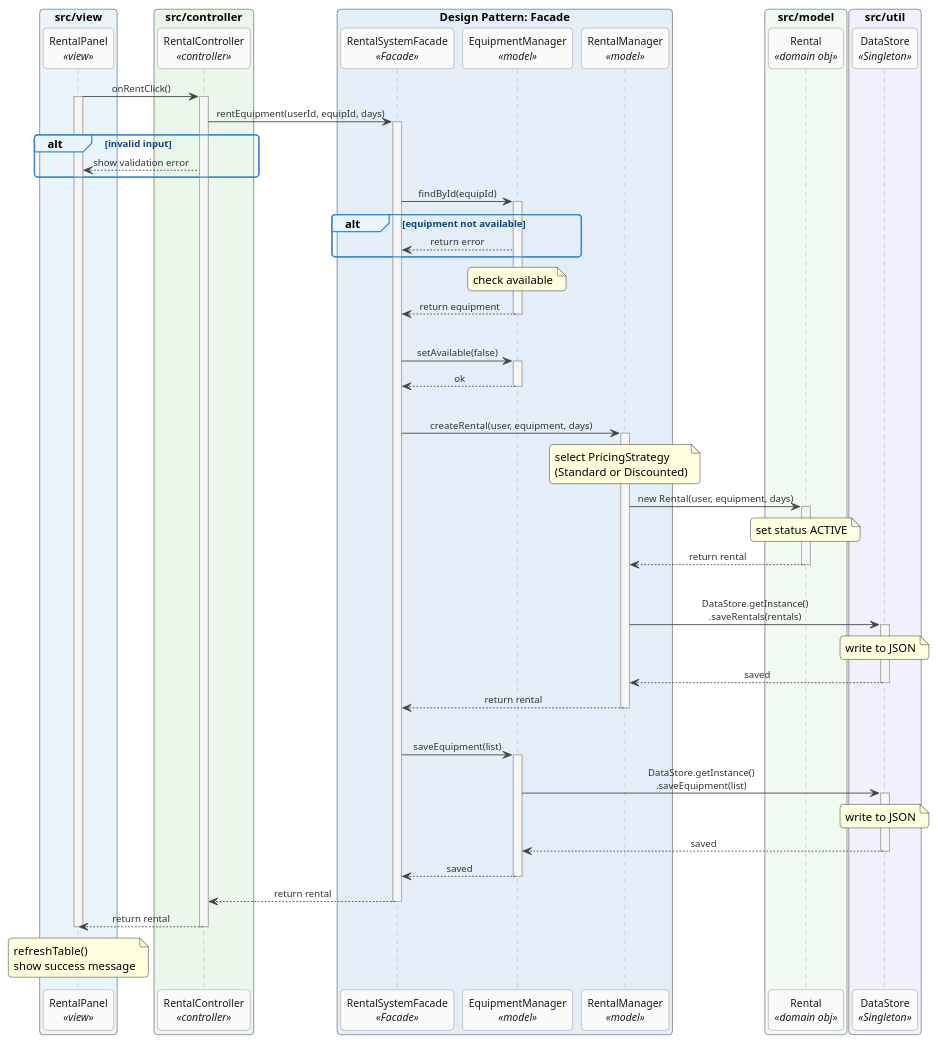
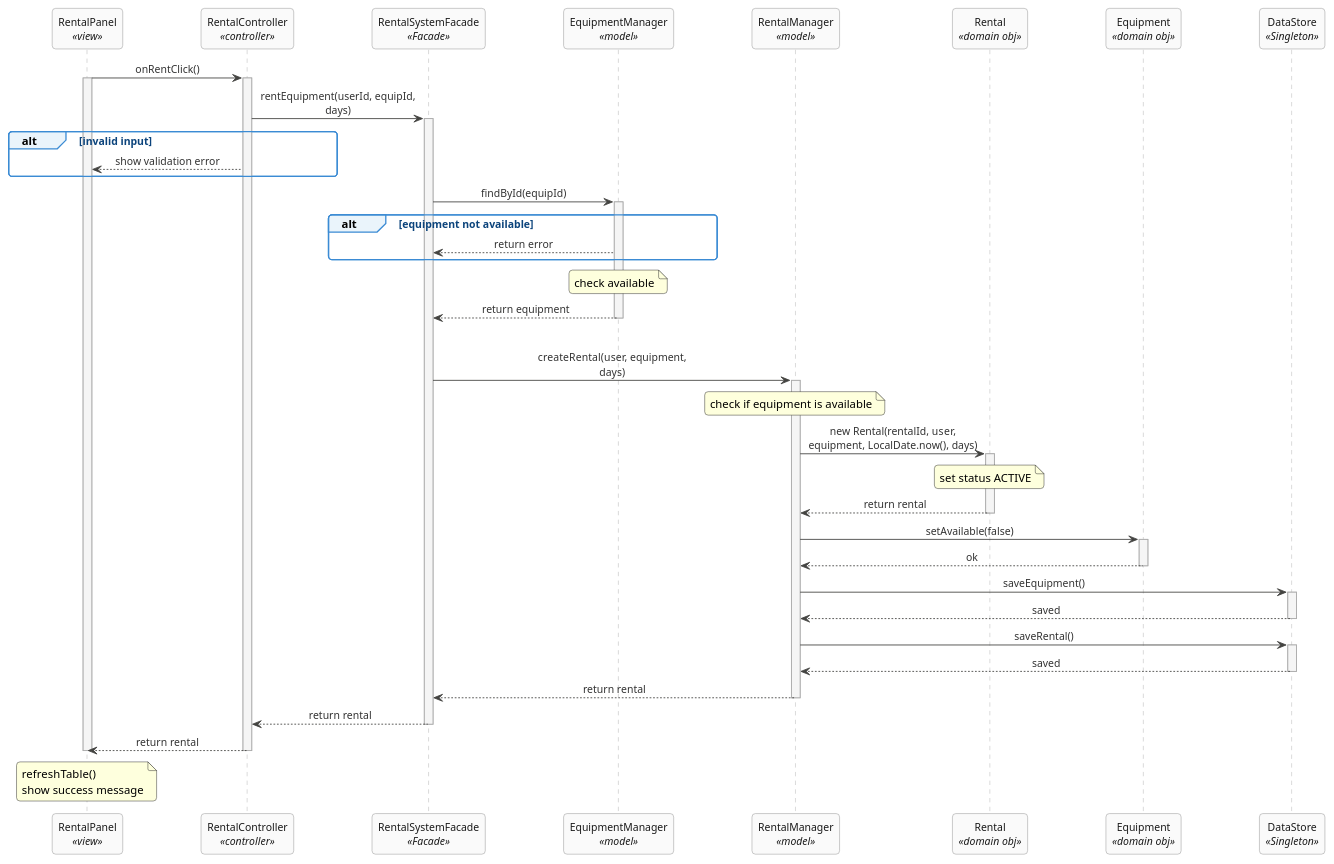
The diagram in diagrams/FINAL_sequence_rent_equipment.puml (sarafidi/G1_SmartEquipmentRental-BillingSystem), drawn with PlantUML before and after one commit. The commit also changed 12 other files, not shown here.

```diff
--- a/diagrams/FINAL_sequence_rent_equipment.puml
+++ b/diagrams/FINAL_sequence_rent_equipment.puml
@@ -1,156 +1,130 @@
 @startuml RentEquipment
 
 ' ═══════════════════════════════════════════════════
 ' SKIN & STYLE
 ' ═══════════════════════════════════════════════════
 skinparam sequenceMessageAlign center
 skinparam responseMessageBelowArrow true
 skinparam maxMessageSize 200
 skinparam roundcorner 8
 skinparam shadowing false
 skinparam stereotypePosition bottom
+skinparam ParticipantPadding 40
 
 skinparam participant {
   BackgroundColor #FAFAFA
   BorderColor     #888888
   FontColor       #1A1A1A
   FontSize        12
 }
 
 skinparam sequence {
   ArrowColor              #444441
-  ArrowFontSize           11
+  ArrowFontSize           12
   ArrowFontColor          #333333
   LifeLineBorderColor     #AAAAAA
   LifeLineBackgroundColor #F5F5F5
   GroupBackgroundColor    #EAF4FB
   GroupBorderColor        #3B8BD4
   GroupFontColor          #0C447C
-  GroupFontSize           11
+  GroupFontSize           12
   NoteBackgroundColor     #FFF8E8
   NoteBorderColor         #AAAAAA
-  NoteFontSize            11
+  NoteFontSize            12
 }
 
 ' ═══════════════════════════════════════════════════
 ' PARTICIPANTS — exactly matching the visual diagram
 ' ═══════════════════════════════════════════════════
-box "src/view" #EAF4FB
-  participant "RentalPanel" as View <<view>>
-end box
-
-box "src/controller" #EAF7EA
-  participant "RentalController" as Ctrl <<controller>>
-end box
-
-box "Design Pattern: Facade" #E3EEF9
-  participant "RentalSystemFacade" as Facade <<Facade>>
-  participant "EquipmentManager"             as EqMgr <<model>>
-  participant "RentalManager"               as RentMgr <<model>>
-end box
-
-box "src/model" #F0FAF0
-  participant "Rental" as Rental <<domain obj>>
-end box
-
-box "src/util" #F0F0FF
-  participant "DataStore" as DS <<Singleton>>
-end box
+participant "RentalPanel" as View <<view>>
+participant "RentalController" as Ctrl <<controller>>
+participant "RentalSystemFacade" as Facade <<Facade>>
+participant "EquipmentManager"             as EqMgr <<model>>
+participant "RentalManager"               as RentMgr <<model>>
+participant "Rental" as Rental <<domain obj>>
+participant "Equipment" as EquipObj <<domain obj>>
+participant "DataStore" as DS <<Singleton>>
 
 ' ═══════════════════════════════════════════════════
 ' MESSAGE FLOW — matches visual diagram step by step
 ' ═══════════════════════════════════════════════════
 
 ' Step 1
 View -> Ctrl : onRentClick()
 activate View
 activate Ctrl
 
 ' Step 2
 Ctrl -> Facade : rentEquipment(userId, equipId, days)
 activate Facade
 
 ' alt: invalid input
 group alt [invalid input]
   Ctrl --> View : show validation error
 end
 
 ' Step 3
 Facade -> EqMgr : findById(equipId)
 activate EqMgr
 
 ' alt: not available
 group alt [equipment not available]
   EqMgr --> Facade : return error
 end
 
 ' Step 4 (implicit — availability check inside EqMgr)
 note over EqMgr : check available
 
 ' Step 5
 EqMgr --> Facade : return equipment
 deactivate EqMgr
 
 |||
-' Step 6
-Facade -> EqMgr : setAvailable(false)
-activate EqMgr
-EqMgr --> Facade : ok
-deactivate EqMgr
-|||
-
-' Step 7
+' Step 6 — Facade delegates creation to RentalManager
 Facade -> RentMgr : createRental(user, equipment, days)
 activate RentMgr
 
-' Step 8 (implicit inside RentalManager)
-note over RentMgr : select PricingStrategy\n(Standard or Discounted)
+' Step 7 — Check availability
+note over RentMgr : check if equipment is available
 
-' Step 9 — Builder pattern creates Rental
-RentMgr -> Rental : new Rental(user, equipment, days)
+' Step 8 — Instantiate Rental domain object
+RentMgr -> Rental : new Rental(rentalId, user, equipment, LocalDate.now(), days)
 activate Rental
-
-' Step 10
 note over Rental : set status ACTIVE
-
-' Step 11
 Rental --> RentMgr : return rental
 deactivate Rental
 
-|||
-' Step 12 — persist rentals via Singleton
-RentMgr -> DS : DataStore.getInstance()\n.saveRentals(rentals)
+' Step 9 — Mark equipment as rented
+RentMgr -> EquipObj : setAvailable(false)
+activate EquipObj
+EquipObj --> RentMgr : ok
+deactivate EquipObj
+
+' Step 10 — Save updated lists via DataStore Singleton
+RentMgr -> DS : saveEquipment()
 activate DS
-note over DS : write to JSON
 DS --> RentMgr : saved
 deactivate DS
 
-' Step 13
+RentMgr -> DS : saveRental()
+activate DS
+DS --> RentMgr : saved
+deactivate DS
+
+' Step 11
 RentMgr --> Facade : return rental
 deactivate RentMgr
-|||
-
-' Step 14 — persist updated equipment list
-Facade -> EqMgr : saveEquipment(list)
-activate EqMgr
-EqMgr -> DS : DataStore.getInstance()\n.saveEquipment(list)
-activate DS
-note over DS : write to JSON
-DS --> EqMgr : saved
-deactivate DS
-EqMgr --> Facade : saved
-deactivate EqMgr
 
 ' Step 15
 Facade --> Ctrl : return rental
 deactivate Facade
 
 ' Step 16
 Ctrl --> View : return rental
 deactivate Ctrl
 
 ' Step 17
 note over View : refreshTable()\nshow success message
 deactivate View
 
 @enduml
```
